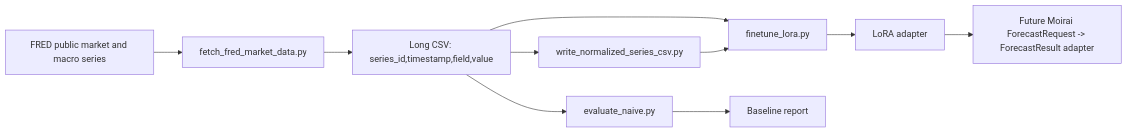
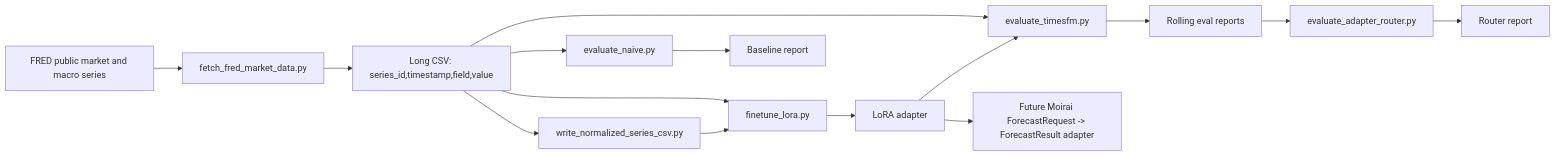
Before and after one commit to Arch1eSUN/Time0: the diagram in experiments/timesfm-lora/README.md, drawn with Mermaid. The commit also changed other lines of this file and 6 other files, not shown here.

Commit message:
Evaluate adapter routing baseline

````diff
--- a/experiments/timesfm-lora/README.md
+++ b/experiments/timesfm-lora/README.md
@@ -24,12 +24,17 @@
 ```mermaid
 flowchart LR
   A["FRED public market and macro series"] --> B["fetch_fred_market_data.py"]
   B --> C["Long CSV: series_id,timestamp,field,value"]
   C --> D["evaluate_naive.py"]
   C --> E["write_normalized_series_csv.py"]
   C --> F["finetune_lora.py"]
+  C --> L["evaluate_timesfm.py"]
   E --> F
   F --> G["LoRA adapter"]
+  G --> L
   D --> H["Baseline report"]
-  G --> I["Future Moirai ForecastRequest -> ForecastResult adapter"]
+  L --> M["Rolling eval reports"]
+  M --> J["evaluate_adapter_router.py"]
+  J --> K["Router report"]
+  G --> N["Future Moirai ForecastRequest -> ForecastResult adapter"]
 ```
````
